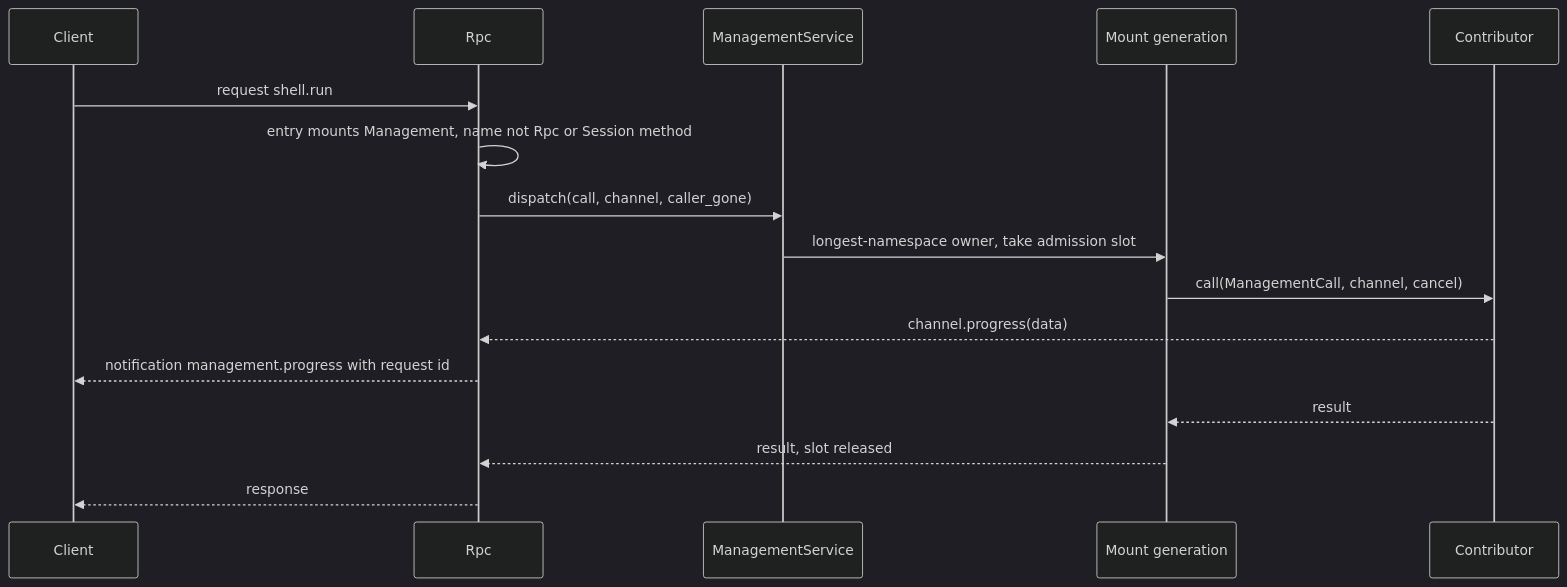
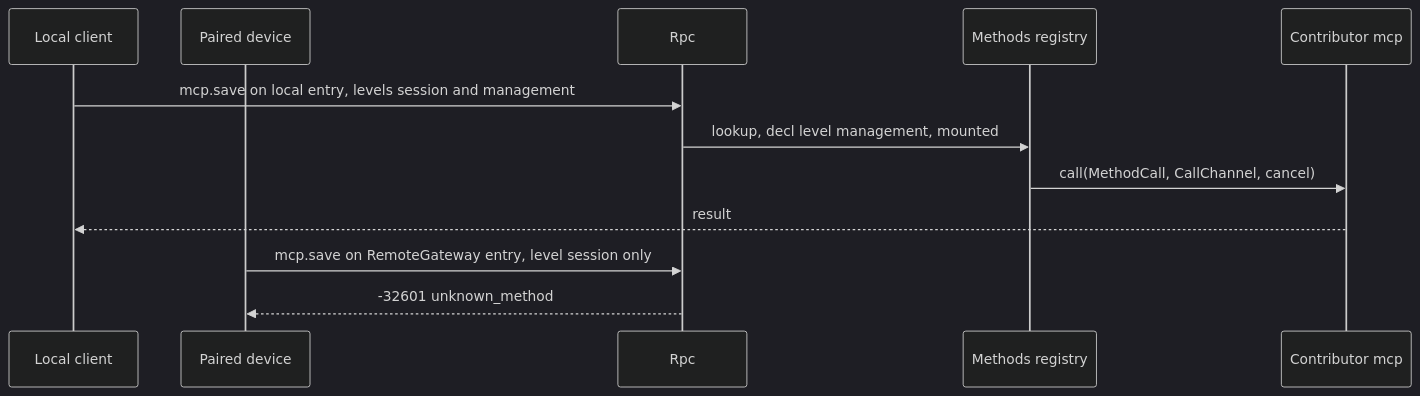
One commit to CoutinhoTTS/dim-agent changed the third of 5 diagrams in docs/design/plugins/Management.md. Above: the diagram before and after it, drawn with Mermaid (dark theme). The commit also changed other lines of this file and 3 other files, not shown here.

Commit message:
docs(design): simplify Management, RemoteGateway, PluginManager and Modality designs

````diff
--- a/docs/design/plugins/Management.md
+++ b/docs/design/plugins/Management.md
@@ -75,18 +66,14 @@
 ```mermaid
 sequenceDiagram
-  participant C as Client
+  participant L as Local client
+  participant D as Paired device
   participant R as Rpc
-  participant M as ManagementService
-  participant N as Mount generation
-  participant P as Contributor
-  C->>R: request shell.run
-  R->>R: entry mounts Management, name not Rpc or Session method
-  R->>M: dispatch(call, channel, caller_gone)
-  M->>N: longest-namespace owner, take admission slot
-  N->>P: call(ManagementCall, channel, cancel)
-  P-->>R: channel.progress(data)
-  R-->>C: notification management.progress with request id
-  P-->>N: result
-  N-->>R: result, slot released
-  R-->>C: response
+  participant M as Methods registry
+  participant P as Contributor mcp
+  L->>R: mcp.save on local entry, levels session and management
+  R->>M: lookup, decl level management, mounted
+  M->>P: call(MethodCall, CallChannel, cancel)
+  P-->>L: result
+  D->>R: mcp.save on RemoteGateway entry, level session only
+  R-->>D: -32601 unknown_method
 ```
````
